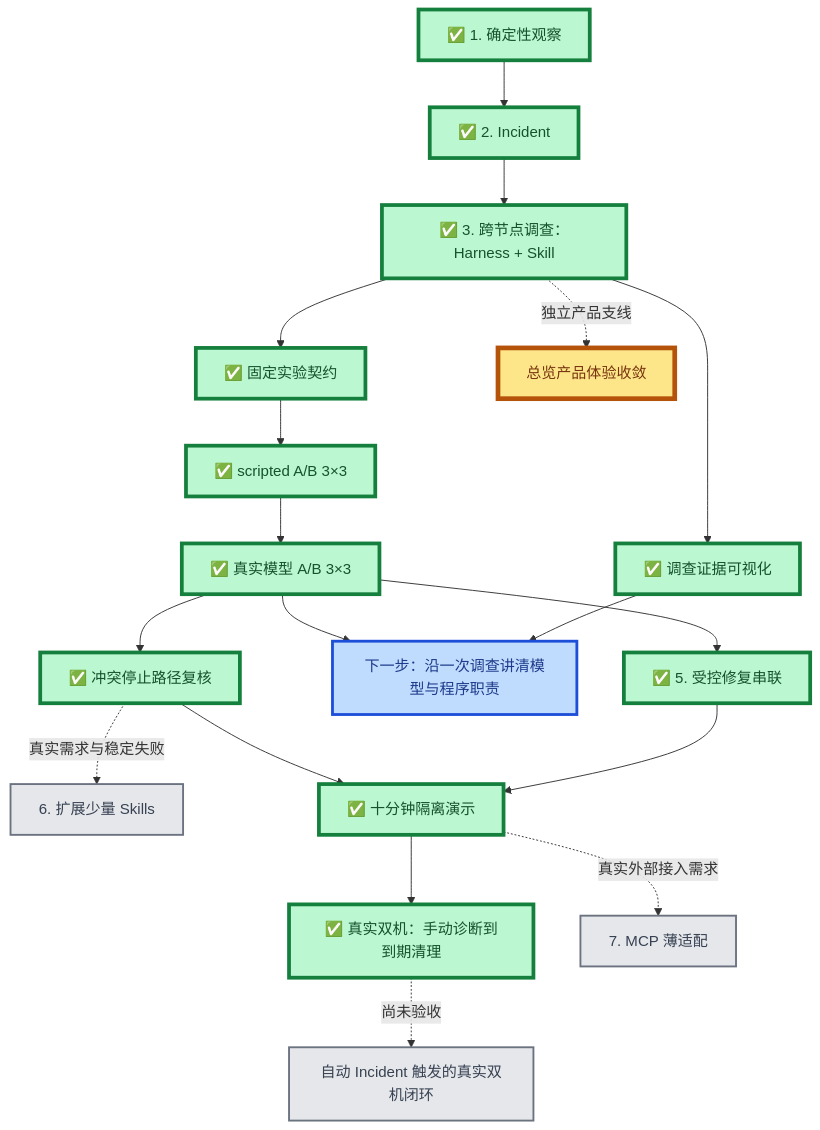
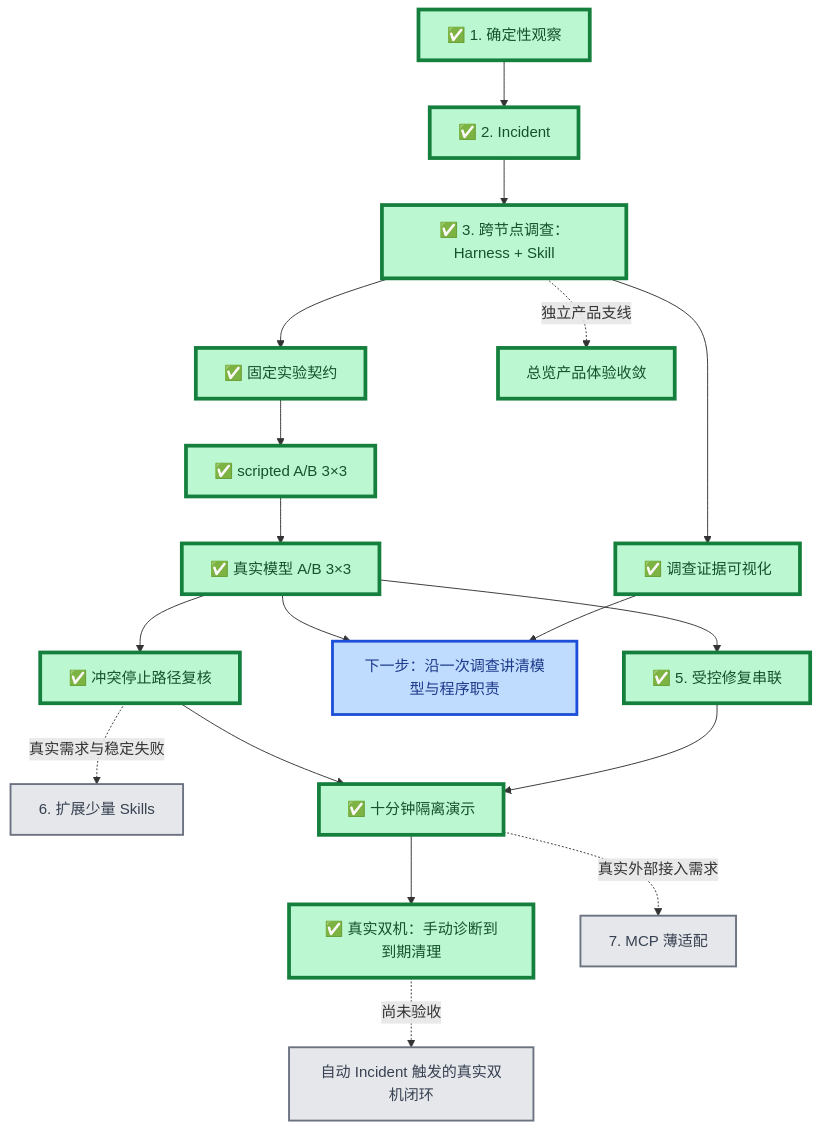
Before and after one commit to Sugarfarmeriod/TunnelMinion: the first of 2 diagrams in docs/project/roadmap.md, drawn with Mermaid. The commit also changed other lines of this file and 1 other file, not shown here.

````diff
--- a/docs/project/roadmap.md
+++ b/docs/project/roadmap.md
@@ -8,32 +8,32 @@
 ```mermaid
 flowchart TB
     A["✅ 1. 确定性观察"] --> B["✅ 2. Incident"]
     B --> C["✅ 3. 跨节点调查：Harness + Skill"]
 
     C --> D1["✅ 固定实验契约"]
     D1 --> D2["✅ scripted A/B 3×3"]
     D2 --> D3["✅ 真实模型 A/B 3×3"]
 
     D3 --> E["✅ 5. 受控修复串联"]
     C --> V["✅ 调查证据可视化"]
     V --> W["下一步：沿一次调查讲清模型与程序职责"]
     D3 --> W
     D3 --> F["✅ 冲突停止路径复核"]
     F -.真实需求与稳定失败.-> K["6. 扩展少量 Skills"]
     E --> H["✅ 十分钟隔离演示"]
     F --> H
     H --> R["✅ 真实双机：手动诊断到到期清理"]
     R -.尚未验收.-> I["自动 Incident 触发的真实双机闭环"]
     H -.真实外部接入需求.-> G["7. MCP 薄适配"]
 
     C -.独立产品支线.-> U["总览产品体验收敛"]
 
     classDef done fill:#bbf7d0,stroke:#15803d,stroke-width:4px,color:#14532d;
     classDef current fill:#fde68a,stroke:#b45309,stroke-width:5px,color:#78350f;
     classDef next fill:#bfdbfe,stroke:#1d4ed8,stroke-width:3px,color:#1e3a8a;
     classDef later fill:#e5e7eb,stroke:#6b7280,stroke-width:2px,color:#374151;
     class A,B,C,D1,D2,D3,E,F,H,R,V done;
-    class U current;
+    class U done;
     class W next;
     class G,K,I later;
 ```
````
